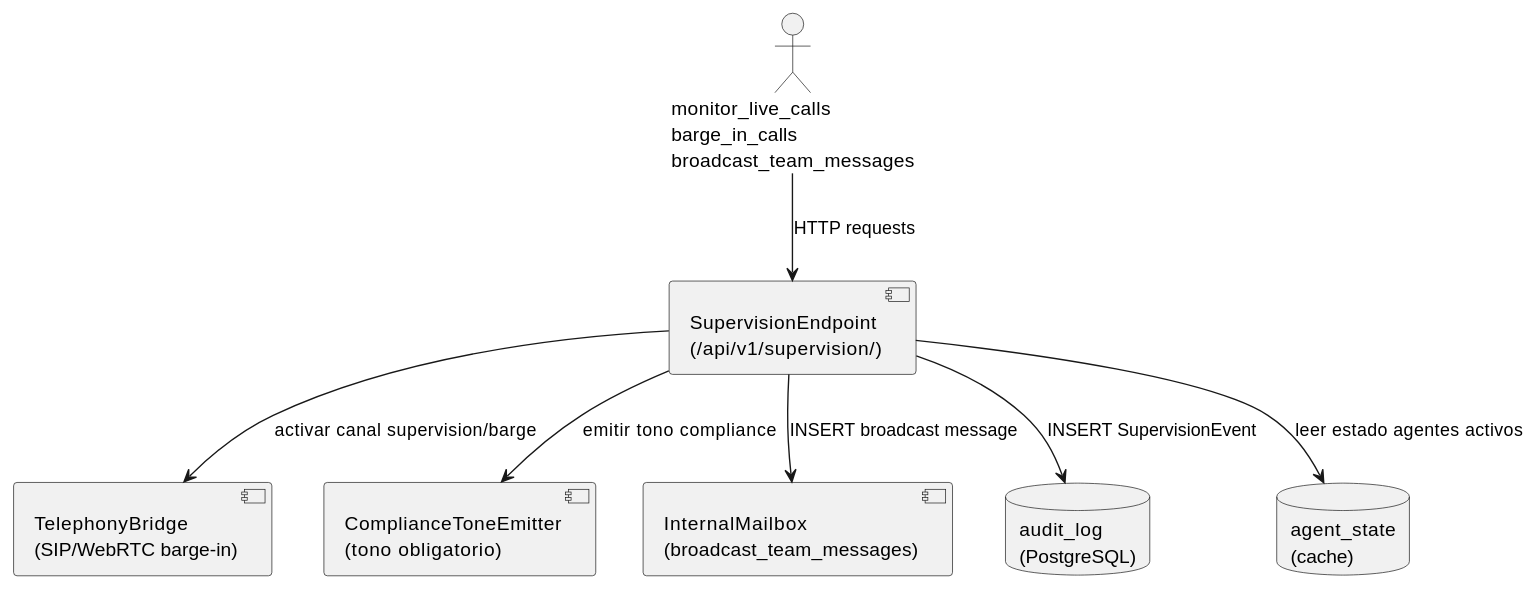
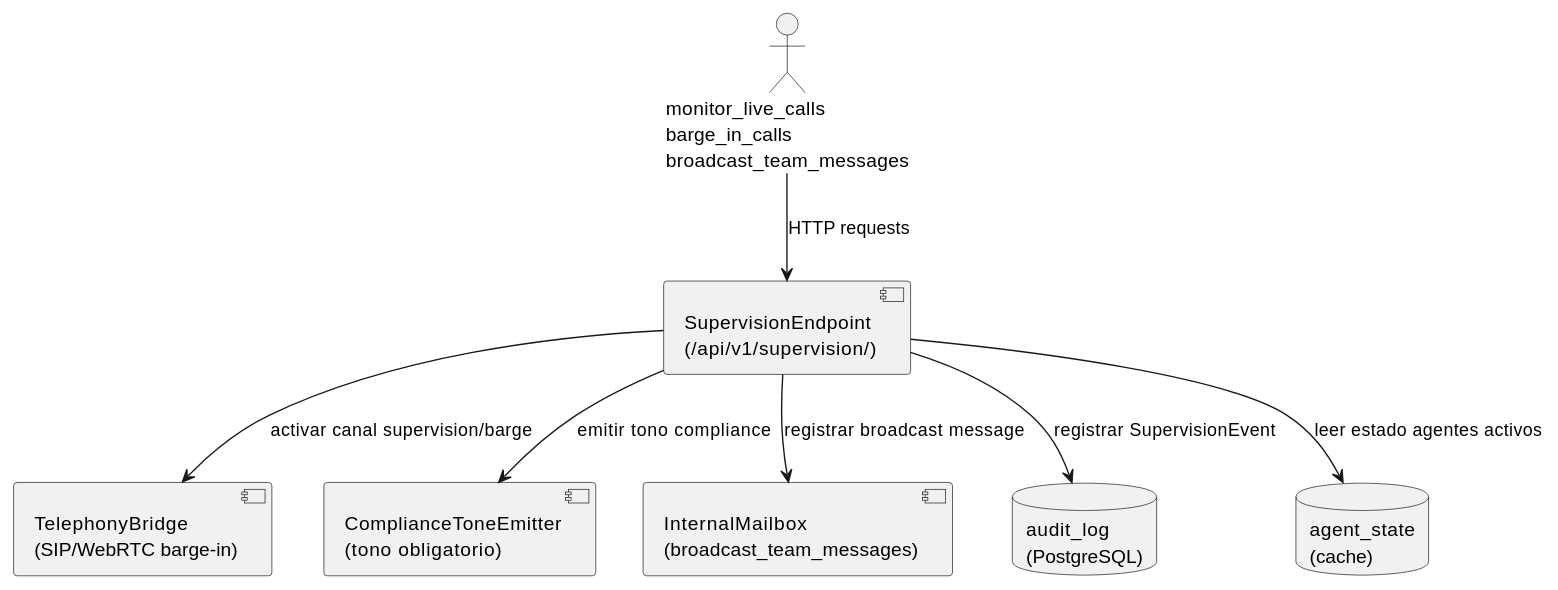
Before and after one commit to jcg-admin/IACT-docs: the diagram in source/arquitectura-tecnica/modulos/supervision/diagramas/componentes-mod-supervision.rst, drawn with PlantUML. The commit also changed 48 other files, not shown here.

```diff
--- a/source/arquitectura-tecnica/modulos/supervision/diagramas/componentes-mod-supervision.rst
+++ b/source/arquitectura-tecnica/modulos/supervision/diagramas/componentes-mod-supervision.rst
@@ -22,23 +22,23 @@
 .. uml::
  :caption: Componentes de MOD_Supervision y sus dependencias.
 
  @startuml
 
  actor "monitor_live_calls\nbarge_in_calls\nbroadcast_team_messages" as monitor_live_calls
 
  component "SupervisionEndpoint\n(/api/v1/supervision/)" as Supervisionendpoint
  component "TelephonyBridge\n(SIP/WebRTC barge-in)" as Telephonybridge
  component "ComplianceToneEmitter\n(tono obligatorio)" as TONE
  component "InternalMailbox\n(broadcast_team_messages)" as Internalmailbox
 
  database "audit_log\n(PostgreSQL)" as audit_log
  database "agent_state\n(cache)" as STATE
 
  monitor_live_calls --> Supervisionendpoint : HTTP requests
  Supervisionendpoint --> Telephonybridge : activar canal supervision/barge
  Supervisionendpoint --> TONE : emitir tono compliance
- Supervisionendpoint --> Internalmailbox : INSERT broadcast message
- Supervisionendpoint --> audit_log : INSERT SupervisionEvent
+ Supervisionendpoint --> Internalmailbox : registrar broadcast message
+ Supervisionendpoint --> audit_log : registrar SupervisionEvent
  Supervisionendpoint --> STATE : leer estado agentes activos
 
  @enduml
```
